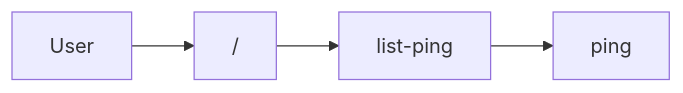
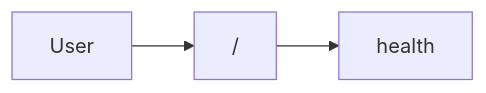
One commit to DACdigital/OpenBBC changed the diagram in bbc-discovery/flow-map-compiler/skills/flow-map-compiler/tests/fixtures/sample-sveltekit/.flow-map/AGENTS.md. Above: the diagram before and after it, drawn with Mermaid. The commit also changed other lines of this file and 38 other files, not shown here.

First line of the commit message:
flow-map v2: realign discovery output (domain skills + endpoints) (#31)

````diff
--- a/bbc-discovery/flow-map-compiler/skills/flow-map-compiler/tests/fixtures/sample-sveltekit/.flow-map/AGENTS.md
+++ b/bbc-discovery/flow-map-compiler/skills/flow-map-compiler/tests/fixtures/sample-sveltekit/.flow-map/AGENTS.md
@@ -49,6 +43,5 @@
 ```mermaid
 flowchart LR
   User --> view_home_E["/"]
-  view_home_E --> list_ping_S[list-ping]
-  list_ping_S --> ping_C[ping]
+  view_home_E --> s_health[health]
 ```
````
